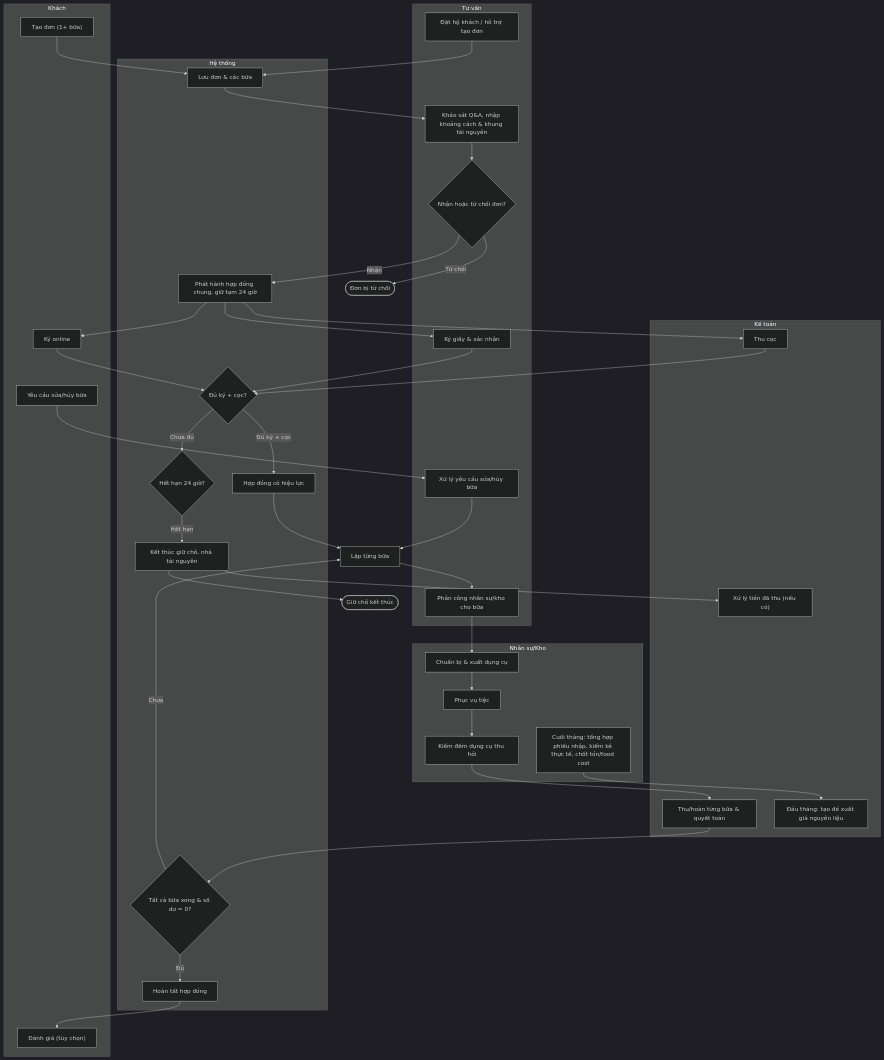
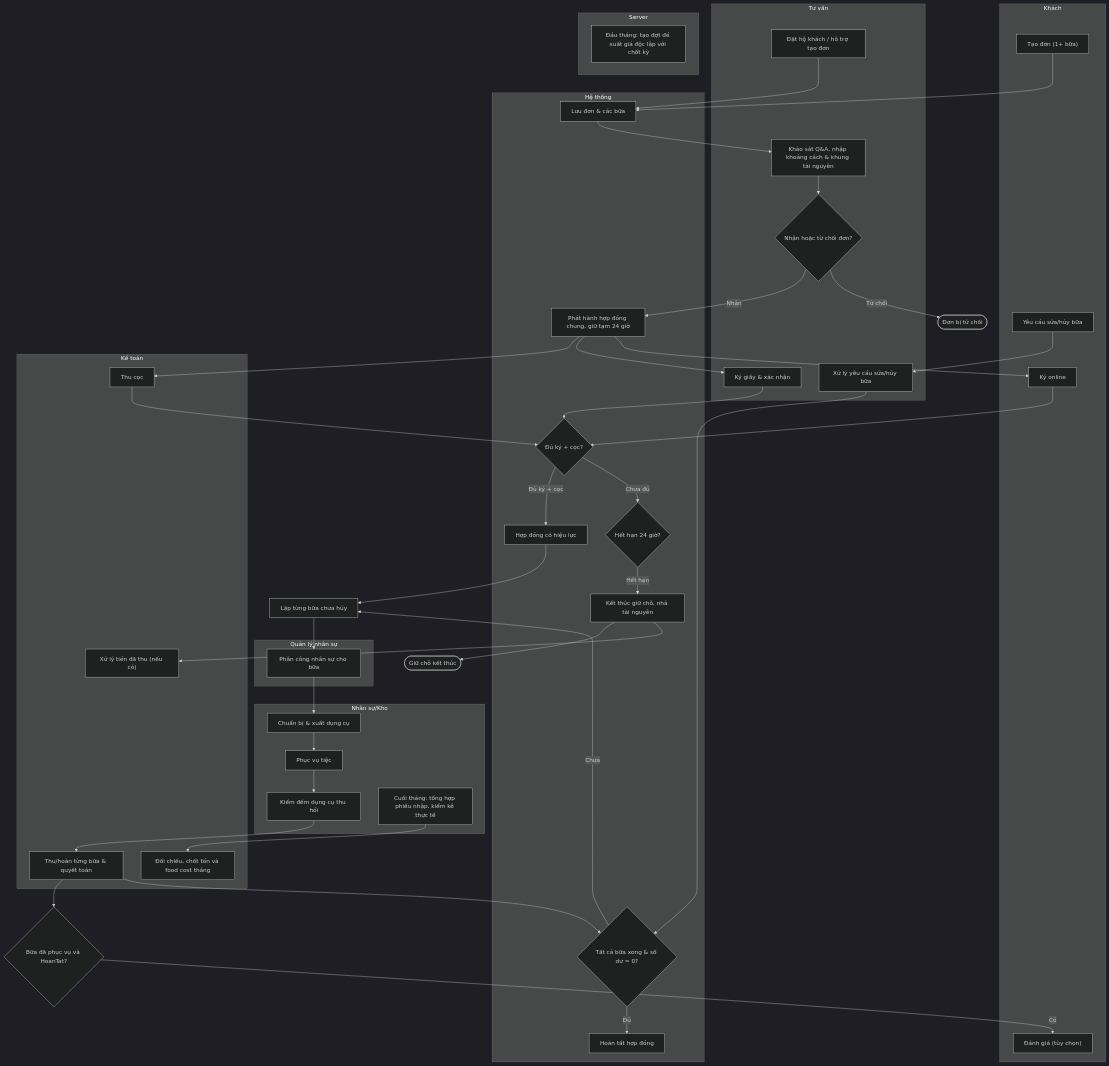
The diagram in docs/src/nghiep-vu/quy-trinh-tong-the.md (mastercookvn/mastercookvn), drawn with Mermaid (dark theme) before and after one commit. The commit also changed other lines of this file and 23 other files, not shown here.

````diff
--- a/docs/src/nghiep-vu/quy-trinh-tong-the.md
+++ b/docs/src/nghiep-vu/quy-trinh-tong-the.md
@@ -18,8 +18,11 @@
         T2["Khảo sát Q&A, nhập khoảng cách & khung tài nguyên"]
         T3{"Nhận hoặc từ chối đơn?"}
         T4["Ký giấy & xác nhận"]
-        T5["Phân công nhân sự/kho cho bữa"]
         T6["Xử lý yêu cầu sửa/hủy bữa"]
+    end
+
+    subgraph QuanLyNhanSu["Quản lý nhân sự"]
+        NS1["Phân công nhân sự cho bữa"]
     end
 
     subgraph HeTong["Hệ thống"]
@@ -37,14 +40,18 @@
         NK1["Chuẩn bị & xuất dụng cụ"]
         NK2["Phục vụ tiệc"]
         NK3["Kiểm đếm dụng cụ thu hồi"]
-        NK4["Cuối tháng: tổng hợp phiếu nhập, kiểm kê thực tế, chốt tồn/food cost"]
+        NK4["Cuối tháng: tổng hợp phiếu nhập, kiểm kê thực tế"]
     end
 
     subgraph KeToan["Kế toán"]
         KT1["Thu cọc"]
         KT2["Xử lý tiền đã thu (nếu có)"]
         KT3["Thu/hoàn từng bữa & quyết toán"]
-        KT4["Đầu tháng: tạo đề xuất giá nguyên liệu"]
+        KT4["Đối chiếu, chốt tồn và food cost tháng"]
+    end
+
+    subgraph Server["Server"]
+        SV1["Đầu tháng: tạo đợt đề xuất giá độc lập với chốt kỳ"]
     end
 
     K1 --> H1
@@ -65,20 +72,20 @@
     H6 --> HetHan(["Giữ chỗ kết thúc"])
     H3 -- "Đủ ký + cọc" --> H4
 
-    H4 --> LoopBua["Lặp từng bữa"]
-    LoopBua --> T5
-    T5 --> NK1
+    H4 --> LoopBua["Lặp từng bữa chưa hủy"]
+    LoopBua --> NS1
+    NS1 --> NK1
     NK1 --> NK2
     NK2 --> NK3
     NK3 --> KT3
     KT3 --> H7
+    KT3 --> DanhGiaDuoc{"Bữa đã phục vụ và HoanTat?"}
+    DanhGiaDuoc -- "Có" --> K3
 
     K2 --> T6
-    T6 --> LoopBua
+    T6 --> H7
 
     H7 -- "Chưa" --> LoopBua
     H7 -- "Đủ" --> H8
-    H8 --> K3
-
     NK4 --> KT4
 ```
````
